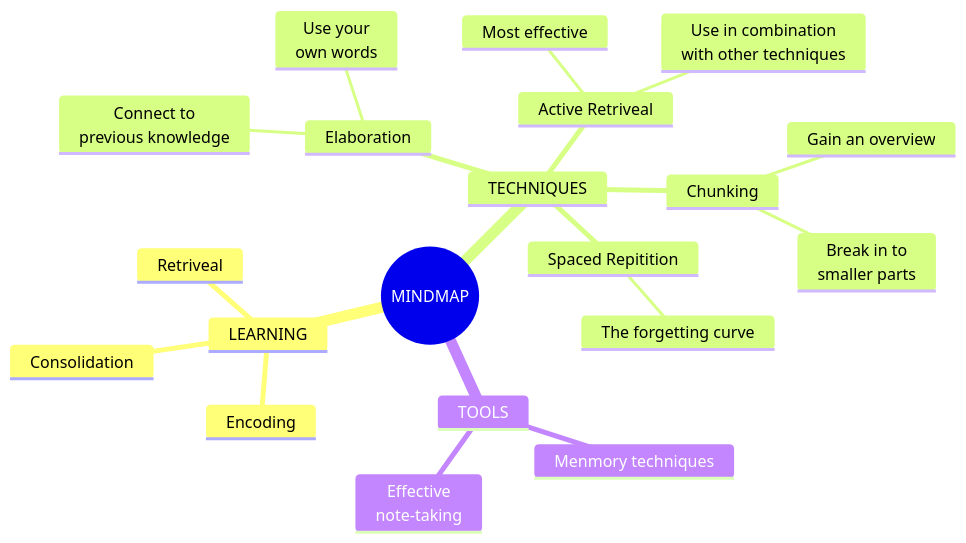
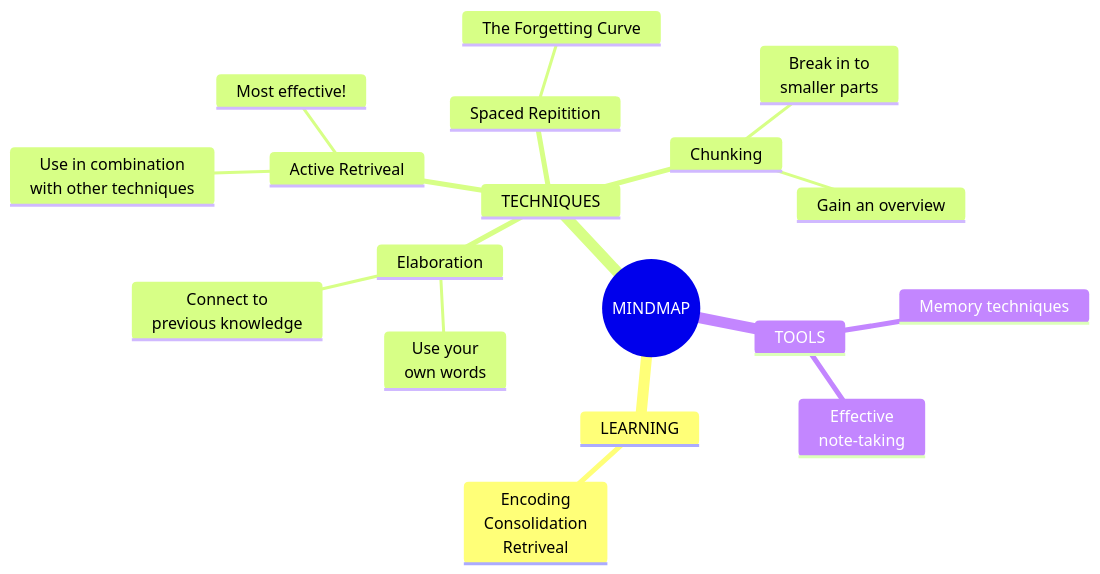
Before and after one commit to mandelcohen/StudyTechniques: the first of 3 diagrams in README.md, drawn with Mermaid.

````diff
--- a/README.md
+++ b/README.md
@@ -100,23 +100,21 @@
 ```mermaid
 mindmap
   root((MINDMAP))
     LEARNING
-      Encoding
-      Consolidation
-      Retriveal
+      Encoding<br/>Consolidation<br/>Retriveal
     TECHNIQUES
       Elaboration
         Use your<br/>own words
         Connect to<br/>previous knowledge
       Active Retriveal
-        Most effective
+        Most effective!
         Use in combination<br/>with other techniques
       Spaced Repitition
-        The forgetting curve
+        The Forgetting Curve
       Chunking
         Break in to<br/>smaller parts
         Gain an overview
     TOOLS
-      Menmory techniques
+      Memory techniques
       Effective<br/>note-taking
 ```
````
